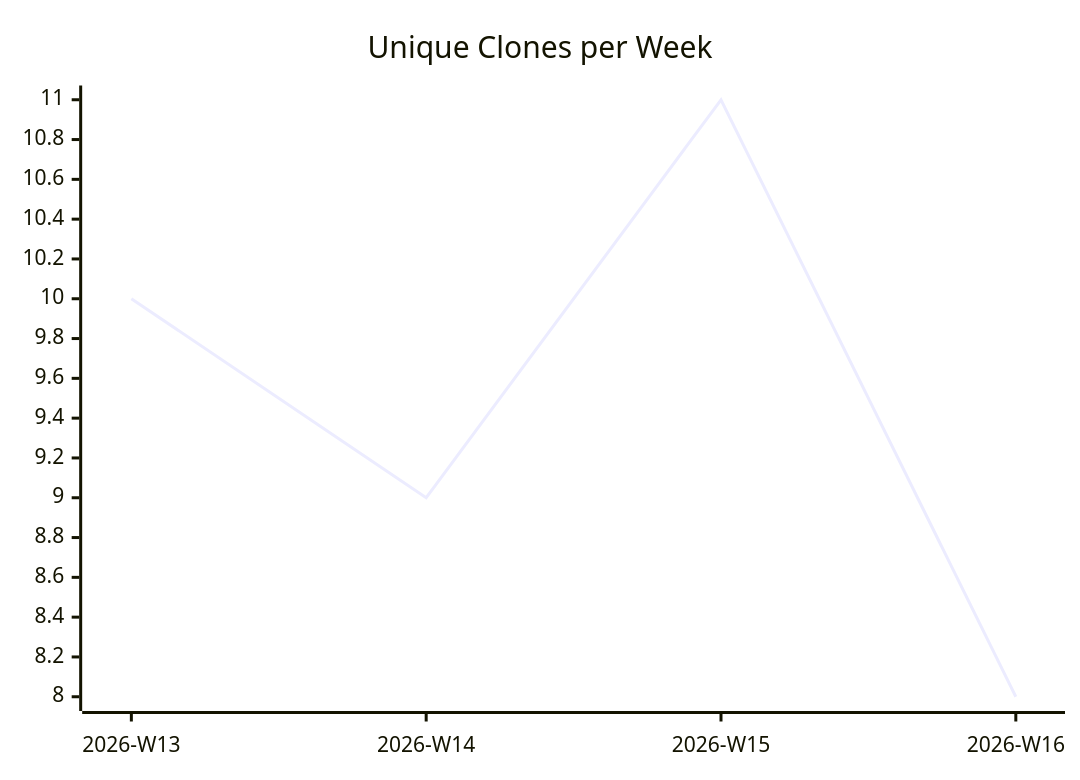
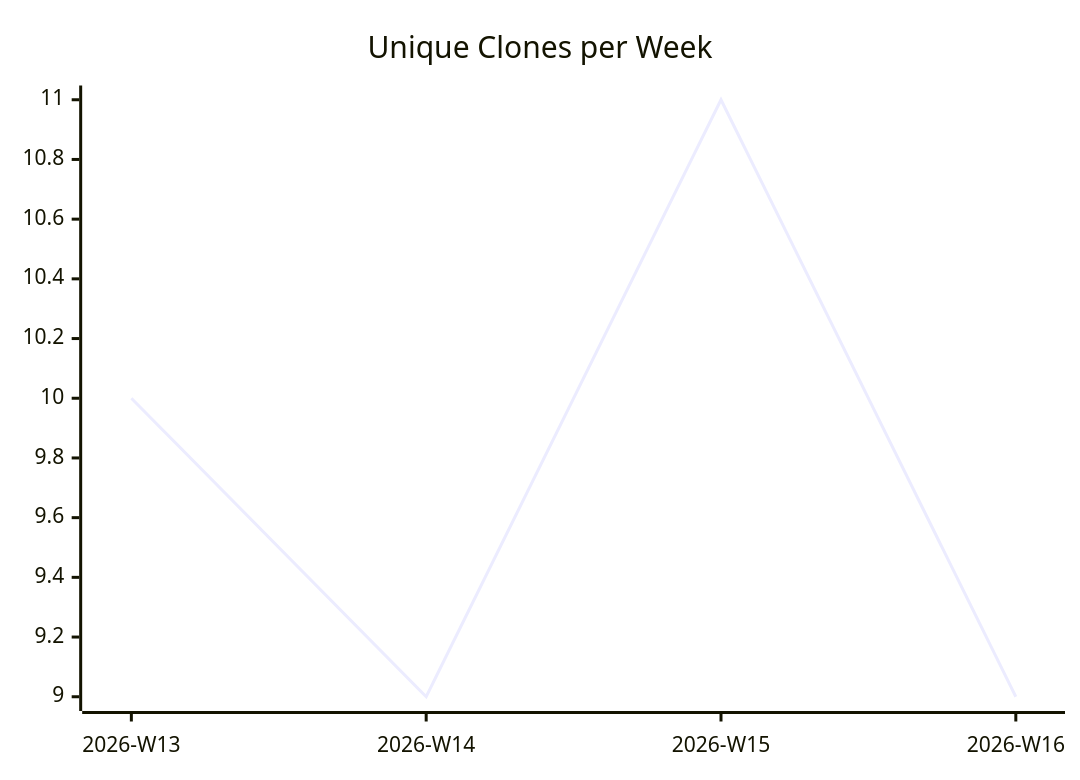
The third of 3 diagrams in karlmdavis/usgs-water-api-java/README.md (justdavis-family/github-analytics-data), drawn with Mermaid before and after one commit. The commit also changed other lines of this file and 181 other files, not shown here.

````diff
--- a/karlmdavis/usgs-water-api-java/README.md
+++ b/karlmdavis/usgs-water-api-java/README.md
@@ -19,6 +19,6 @@
 ```mermaid
 xychart-beta
   title "Unique Clones per Week"
   x-axis ["2026-W13", "2026-W14", "2026-W15", "2026-W16"]
-  line [10, 9, 11, 8]
+  line [10, 9, 11, 9]
 ```
````
